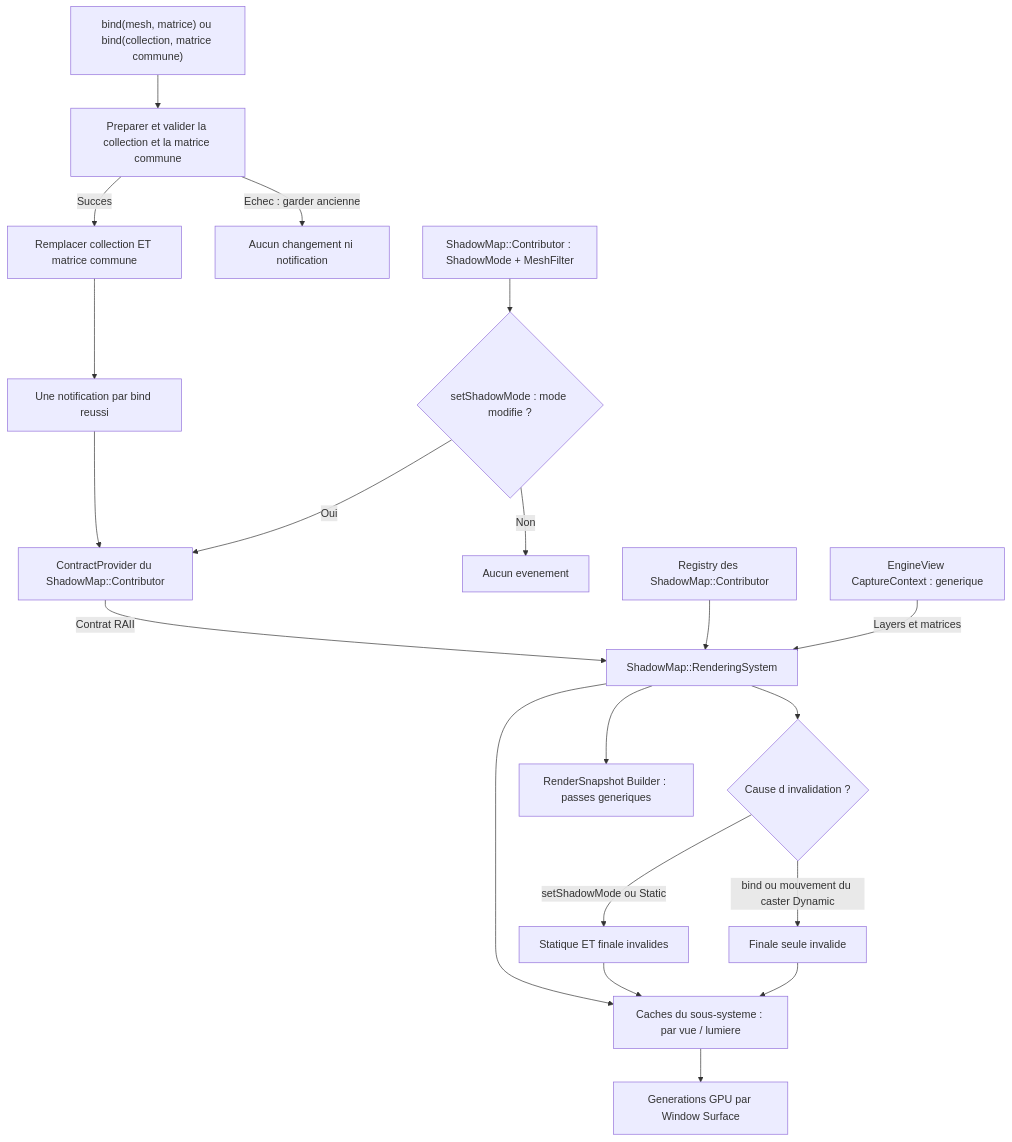
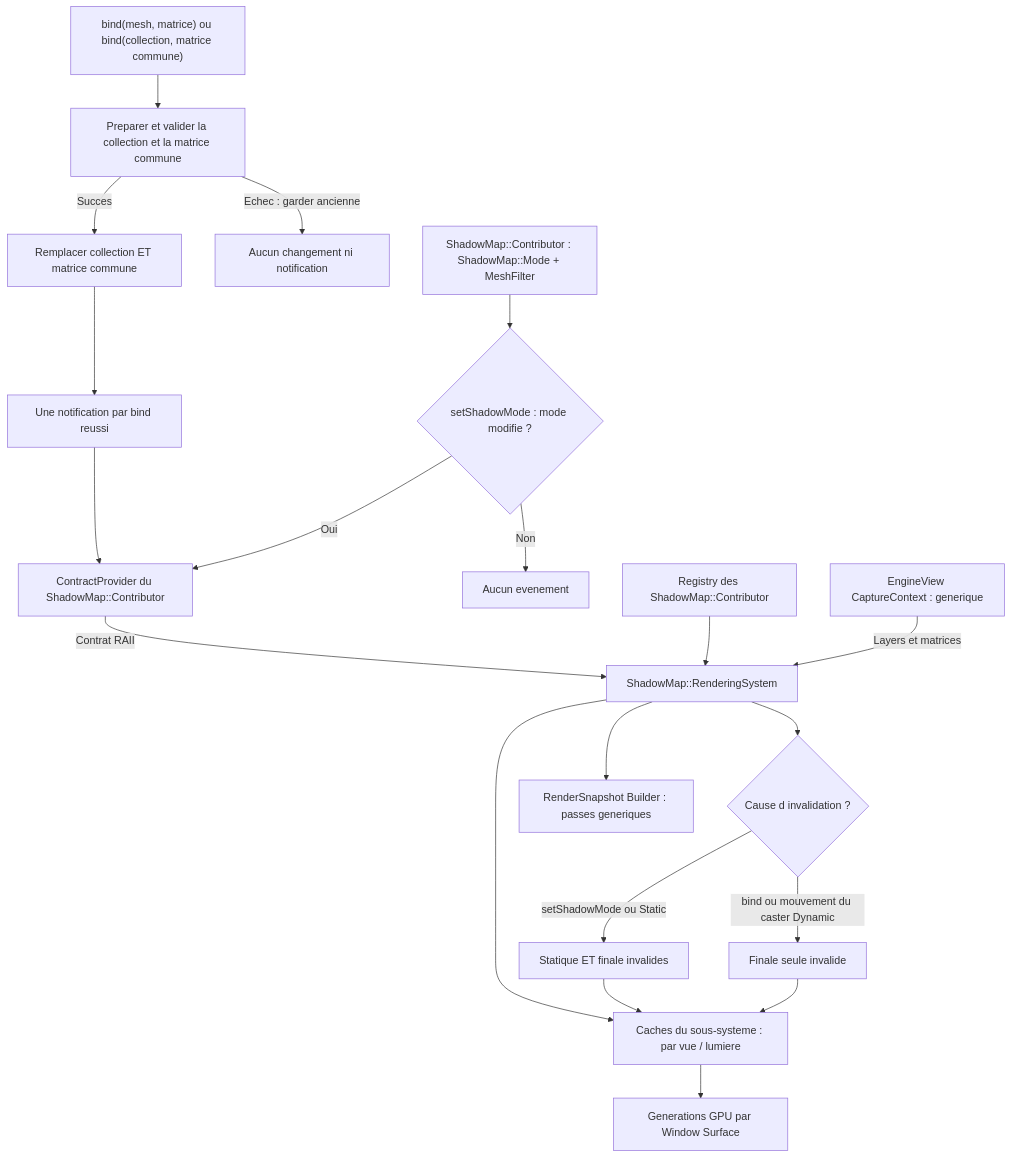
One commit to EreliaStudio/Sparkle changed the ninth of 20 diagrams in docs/voxel-engine-v0.1.4/08-lumieres-et-ombres.md. Above: the diagram before and after it, drawn with Mermaid. The commit also changed other lines of this file and 4 other files, not shown here.

Commit message:
refactor(PR20): name shadow casting enum ShadowMap::Mode

````diff
--- a/docs/voxel-engine-v0.1.4/08-lumieres-et-ombres.md
+++ b/docs/voxel-engine-v0.1.4/08-lumieres-et-ombres.md
@@ -327,22 +327,22 @@
 ```mermaid
 flowchart TD
-  Source["ShadowMap::Contributor : ShadowMode + MeshFilter"] --> Change{"setShadowMode : mode modifie ?"}
+  Source["ShadowMap::Contributor : ShadowMap::Mode + MeshFilter"] --> Change{"setShadowMode : mode modifie ?"}
   Bind["bind(mesh, matrice) ou bind(collection, matrice commune)"] --> Validate["Preparer et valider la collection et la matrice commune"]
   Validate -->|"Echec : garder ancienne"| Failure["Aucun changement ni notification"]
   Validate -->|"Succes"| Swap["Remplacer collection ET matrice commune"]
   Swap --> Geom["Une notification par bind reussi"]
   Geom --> Provider
   Change -->|"Non"| Nothing["Aucun evenement"]
   Change -->|"Oui"| Provider["ContractProvider du ShadowMap::Contributor"]
   Provider -->|"Contrat RAII"| S["ShadowMap::RenderingSystem"]
   S --> Reason{"Cause d invalidation ?"}
   Reason -->|"setShadowMode ou Static"| Both["Statique ET finale invalides"]
   Reason -->|"bind ou mouvement du caster Dynamic"| Final["Finale seule invalide"]
   Registry["Registry des ShadowMap::Contributor"] --> S
   S --> PerView["Caches du sous-systeme : par vue / lumiere"]
   PerView --> Surface["Generations GPU par Window Surface"]
   Both --> PerView
   Final --> PerView
   Context["EngineView CaptureContext : generique"] -->|"Layers et matrices"| S
   S --> Builder["RenderSnapshot Builder : passes generiques"]
 ```
````
